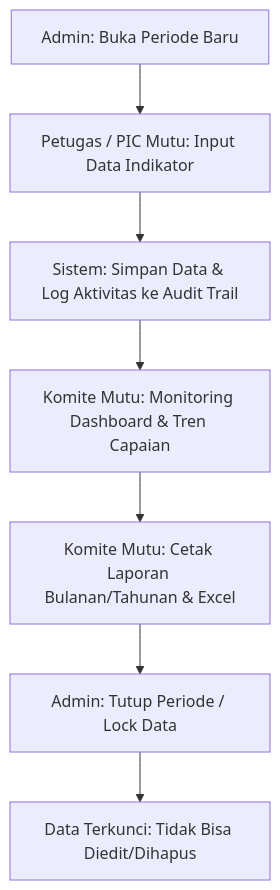
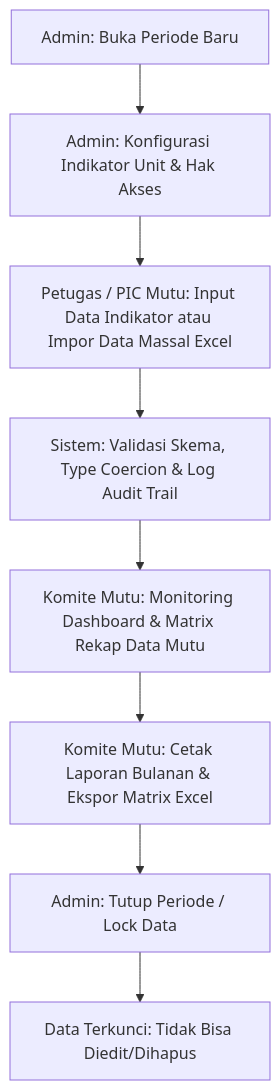
Before and after one commit to farhanaldyy/SIMURS: the diagram in README.md, drawn with Mermaid. The commit also changed other lines of this file and 2 other files, not shown here.

````diff
--- a/README.md
+++ b/README.md
@@ -11,9 +11,10 @@
 ```mermaid
 graph TD
-    A[Admin: Buka Periode Baru] --> B[Petugas / PIC Mutu: Input Data Indikator]
-    B --> C[Sistem: Simpan Data & Log Aktivitas ke Audit Trail]
-    C --> D[Komite Mutu: Monitoring Dashboard & Tren Capaian]
-    D --> E[Komite Mutu: Cetak Laporan Bulanan/Tahunan & Excel]
-    E --> F[Admin: Tutup Periode / Lock Data]
-    F --> G[Data Terkunci: Tidak Bisa Diedit/Dihapus]
+    A[Admin: Buka Periode Baru] --> B[Admin: Konfigurasi Indikator Unit & Hak Akses]
+    B --> C[Petugas / PIC Mutu: Input Data Indikator atau Impor Data Massal Excel]
+    C --> D[Sistem: Validasi Skema, Type Coercion & Log Audit Trail]
+    D --> E[Komite Mutu: Monitoring Dashboard & Matrix Rekap Data Mutu]
+    E --> F[Komite Mutu: Cetak Laporan Bulanan & Ekspor Matrix Excel]
+    F --> G[Admin: Tutup Periode / Lock Data]
+    G --> H[Data Terkunci: Tidak Bisa Diedit/Dihapus]
 ```
````
